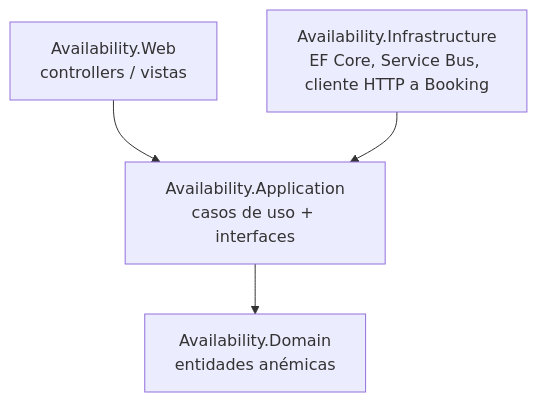
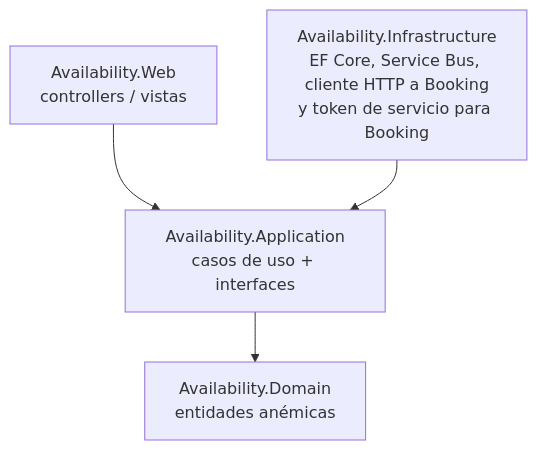
One commit to mhuyema/tpProgra4_ changed the second of 7 diagrams in README.md. Above: the diagram before and after it, drawn with Mermaid. The commit also changed other lines of this file, not shown here.

Commit message:
README: autenticacion de los GET de Booking (3e), Booking sin redireccion a HTTPS y Mailpit con VS

````diff
--- a/README.md
+++ b/README.md
@@ -102,6 +102,6 @@
 ```mermaid
 flowchart TB
     Web[Availability.Web<br/>controllers / vistas] --> App[Availability.Application<br/>casos de uso + interfaces]
-    Infra[Availability.Infrastructure<br/>EF Core, Service Bus, cliente HTTP a Booking] --> App
+    Infra[Availability.Infrastructure<br/>EF Core, Service Bus, cliente HTTP a Booking<br/>y token de servicio para Booking] --> App
     App --> Dom[Availability.Domain<br/>entidades anémicas]
 ```
````
